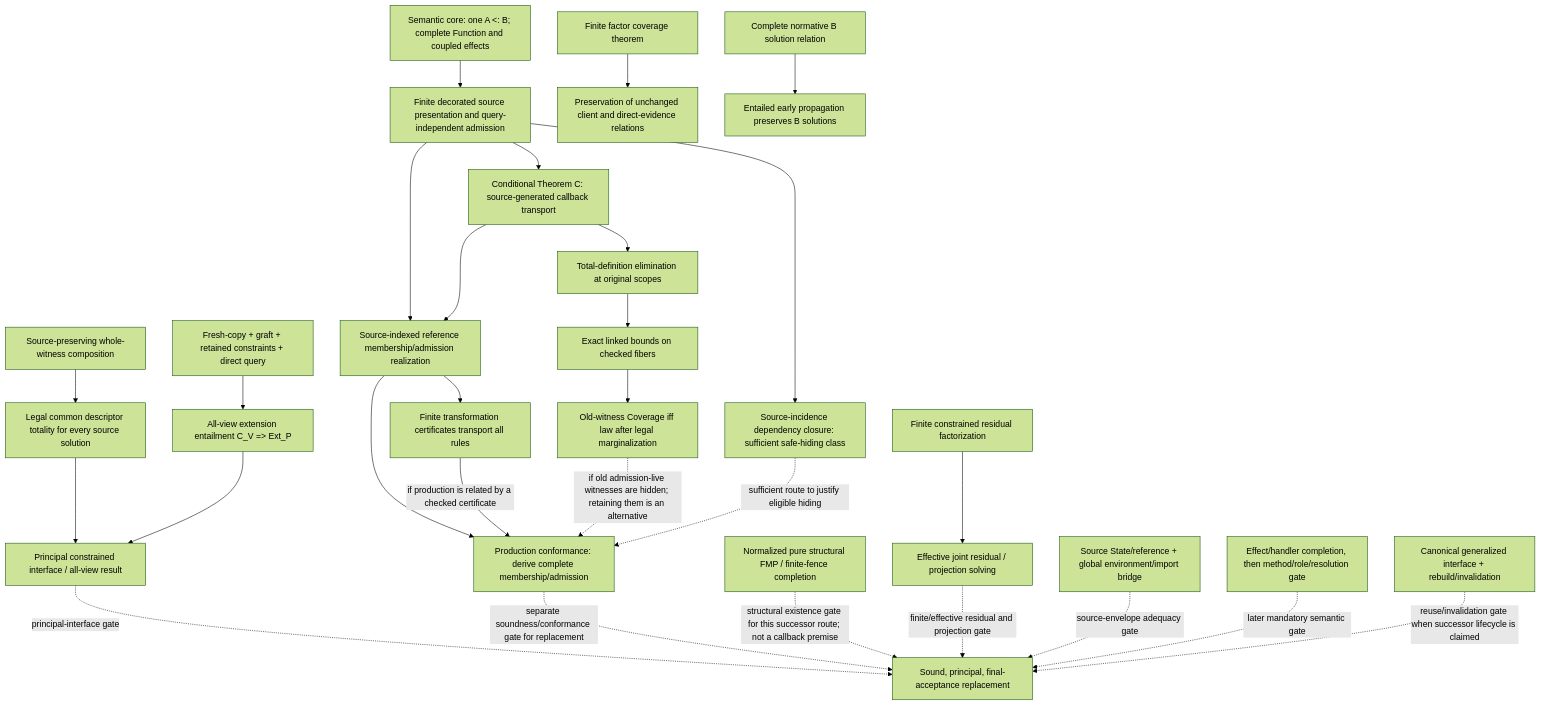
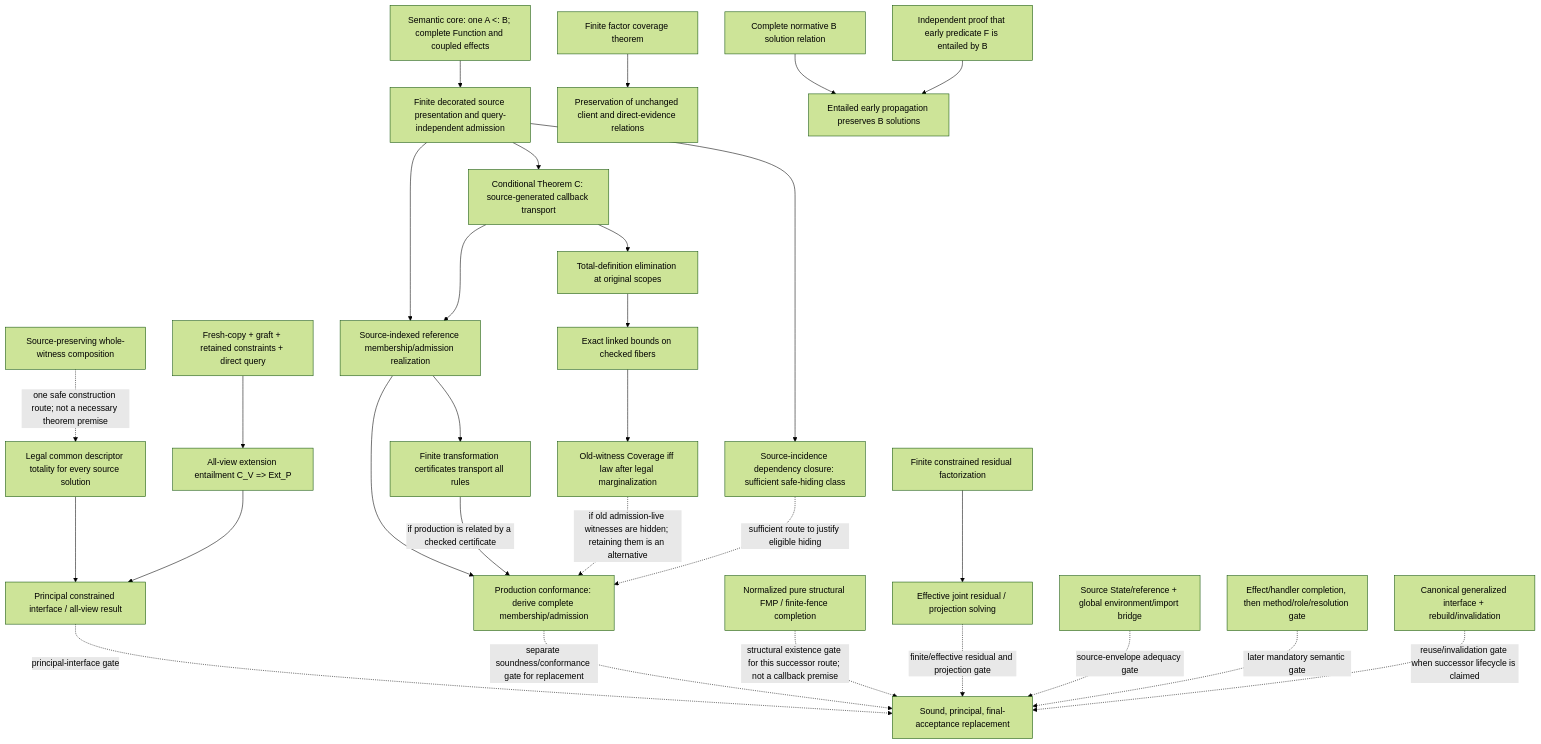
Before and after one commit to momota1029/yulang: the diagram in notes/theory/inference-theorem-dependencies.md, drawn with Mermaid (forest theme). The commit also changed other lines of this file, not shown here.

Commit message:
docs(theory): scope optional proof routes

````diff
--- a/notes/theory/inference-theorem-dependencies.md
+++ b/notes/theory/inference-theorem-dependencies.md
@@ -12,57 +12,59 @@
 ```mermaid
 flowchart TD
   SEM[Semantic core: one A <: B; complete Function and coupled effects]
   SRC[Finite decorated source presentation and query-independent admission]
   C[Conditional Theorem C: source-generated callback transport]
   REF[Source-indexed reference membership/admission realization]
   CERT[Finite transformation certificates transport all rules]
   TD[Total-definition elimination at original scopes]
   EQ[Exact linked bounds on checked fibers]
   COV[Old-witness Coverage iff law after legal marginalization]
   HIDE[Source-incidence dependency closure: sufficient safe-hiding class]
   FC[Finite factor coverage theorem]
   PRES[Preservation of unchanged client and direct-evidence relations]
   BREL[Complete normative B solution relation]
+  ENT[Independent proof that early predicate F is entailed by B]
   AENT[Entailed early propagation preserves B solutions]
   PROD[Production conformance: derive complete membership/admission]
   FMP[Normalized pure structural FMP / finite-fence completion]
   RES[Finite constrained residual factorization]
   EFF[Effective joint residual / projection solving]
   USE[Fresh-copy + graft + retained constraints + direct query]
   EXT[All-view extension entailment C_V => Ext_P]
   COMMON[Legal common descriptor totality for every source solution]
   JOIN[Source-preserving whole-witness composition]
   PRIN[Principal constrained interface / all-view result]
   LIFECYCLE[Canonical generalized interface + rebuild/invalidation]
   STATE[Source State/reference + global environment/import bridge]
   RESOLVE[Effect/handler completion, then method/role/resolution gate]
   CUTOVER[Sound, principal, final-acceptance replacement]
 
   SEM --> SRC
   SRC --> C
   SRC --> REF
   C --> REF
   REF --> CERT
   C --> TD
   TD --> EQ
   EQ --> COV
   SRC --> HIDE
   FC --> PRES
   BREL --> AENT
+  ENT --> AENT
   RES --> EFF
   REF --> PROD
   CERT -->|if production is related by a checked certificate| PROD
   COV -.->|if old admission-live witnesses are hidden; retaining them is an alternative| PROD
   HIDE -.->|sufficient route to justify eligible hiding| PROD
   USE --> EXT
-  JOIN --> COMMON
+  JOIN -.->|one safe construction route; not a necessary theorem premise| COMMON
   COMMON --> PRIN
   EXT --> PRIN
   PRIN -.->|principal-interface gate| CUTOVER
   PROD -.->|separate soundness/conformance gate for replacement| CUTOVER
   FMP -.->|structural existence gate for this successor route; not a callback premise| CUTOVER
   EFF -.->|finite/effective residual and projection gate| CUTOVER
   STATE -.->|source-envelope adequacy gate| CUTOVER
   RESOLVE -.->|later mandatory semantic gate| CUTOVER
   LIFECYCLE -.->|reuse/invalidation gate when successor lifecycle is claimed| CUTOVER
 ```
````
